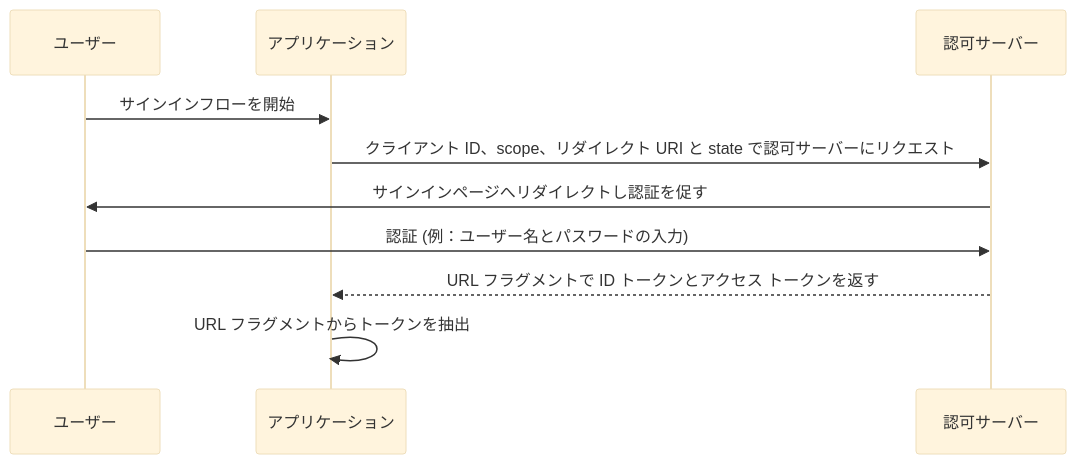
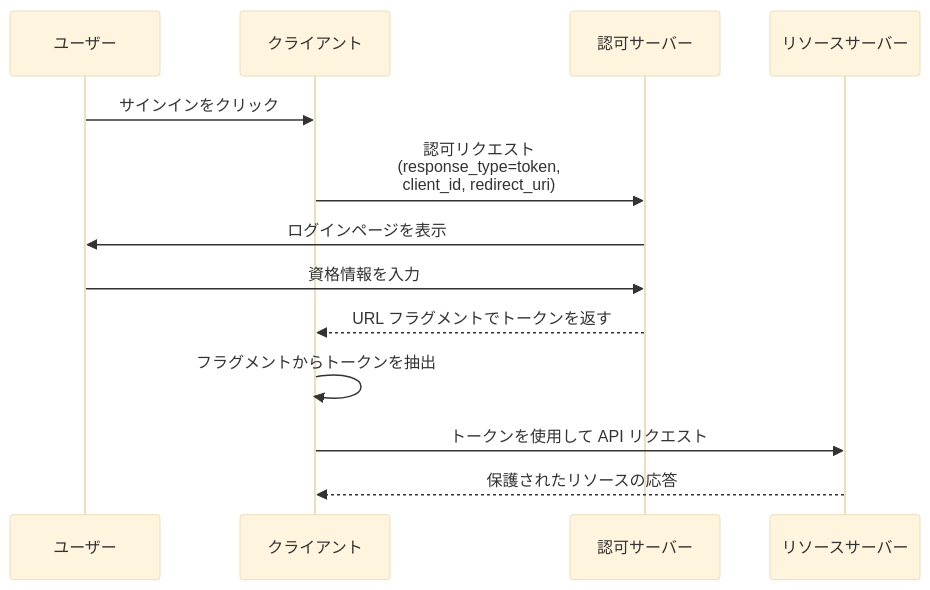
Before and after one commit to logto-io/auth-wiki: the diagram in src/content/terms/ja/implicit-flow.mdx, drawn with Mermaid (base theme). The commit also changed other lines of this file and 95 other files, not shown here.

````diff
--- a/src/content/terms/ja/implicit-flow.mdx
+++ b/src/content/terms/ja/implicit-flow.mdx
@@ -20,12 +19,16 @@
 ```mermaid
 sequenceDiagram
-participant ユーザー
-participant アプリケーション
-participant 認可サーバー
-ユーザー->>アプリケーション: サインインフローを開始
-アプリケーション->>認可サーバー: クライアント ID、scope、リダイレクト URI と state で認可サーバーにリクエスト
-認可サーバー->>ユーザー: サインインページへリダイレクトし認証を促す
-ユーザー->>認可サーバー: 認証 (例：ユーザー名とパスワードの入力)
-認可サーバー -->>アプリケーション: URL フラグメントで ID トークンとアクセス トークンを返す
-アプリケーション->>アプリケーション: URL フラグメントからトークンを抽出
+  participant U as ユーザー
+  participant C as クライアント
+  participant AS as 認可サーバー
+  participant RS as リソースサーバー
+
+  U->>C: サインインをクリック
+  C->>AS: 認可リクエスト<br/>(response_type=token,<br/>client_id, redirect_uri)
+  AS->>U: ログインページを表示
+  U->>AS: 資格情報を入力
+  AS-->>C: URL フラグメントでトークンを返す
+  C->>C: フラグメントからトークンを抽出
+  C->>RS: トークンを使用して API リクエスト
+  RS-->>C: 保護されたリソースの応答
 ```
````
